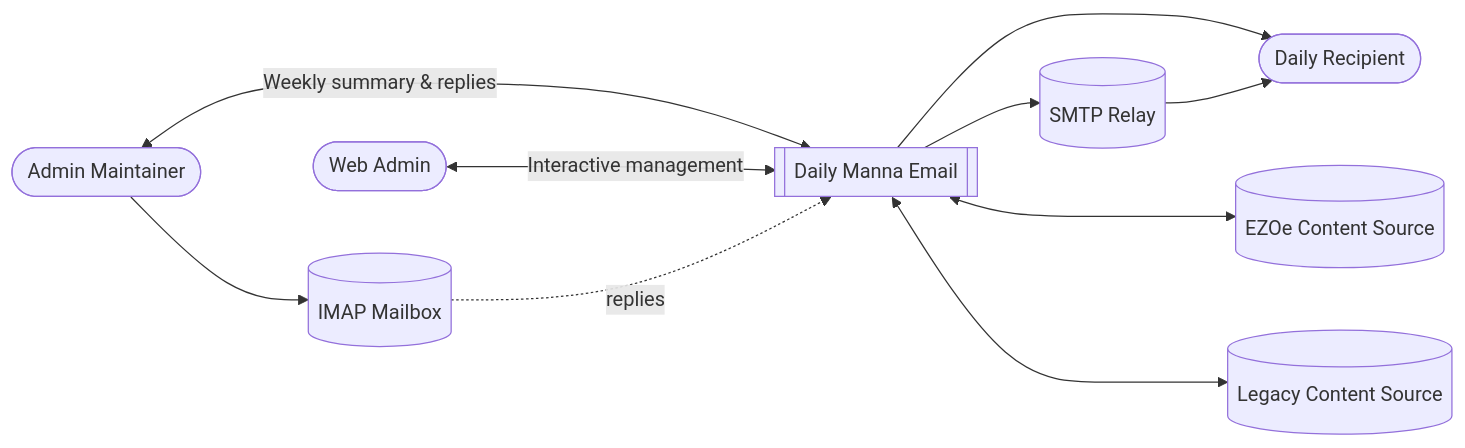
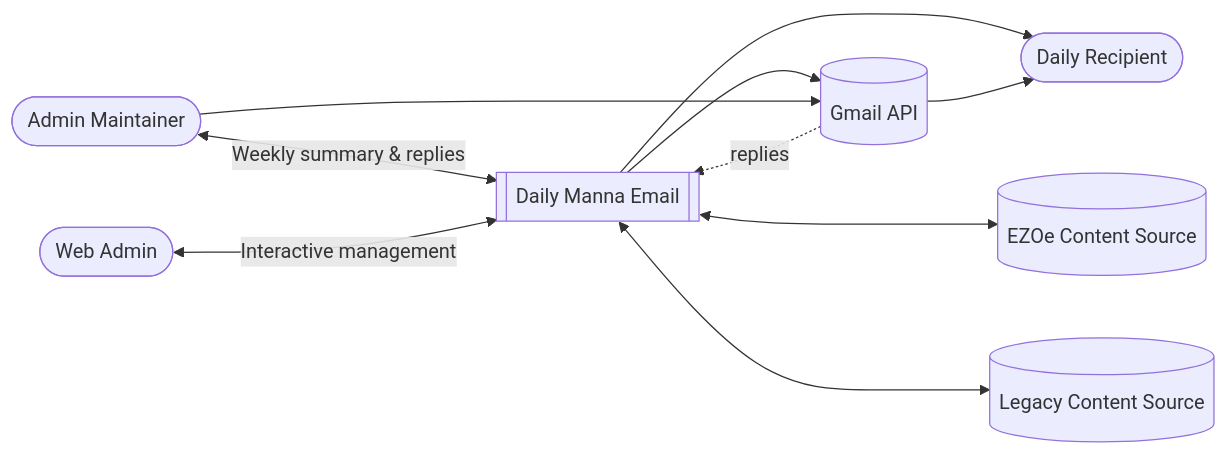
Before and after one commit to HananiahKao/daily-manna-email: the first of 3 diagrams in SYSTEM_C4.md, drawn with Mermaid. The commit also changed other lines of this file and 6 other files, not shown here.

First line of the commit message:
📝 docs: update documentation for Gmail API migration

````diff
--- a/SYSTEM_C4.md
+++ b/SYSTEM_C4.md
@@ -14,20 +13,19 @@
 ```mermaid
 flowchart LR
     Admin([Admin Maintainer])
     WebAdmin([Web Admin])
     Recipient([Daily Recipient])
     System[[Daily Manna Email]]
-    SMTP[(SMTP Relay)]
-    IMAP[(IMAP Mailbox)]
+    Gmail[(Gmail API)]
     Ezoe[(EZOe Content Source)]
     Legacy[(Legacy Content Source)]
 
     Admin <-- Weekly summary & replies --> System
     WebAdmin <-- Interactive management --> System
     System --> Recipient
-    System --> SMTP
-    SMTP --> Recipient
-    Admin --> IMAP -. replies .-> System
+    System --> Gmail
+    Gmail --> Recipient
+    Admin --> Gmail -. replies .-> System
     System <---> Ezoe
     System <---> Legacy
 ```
````
